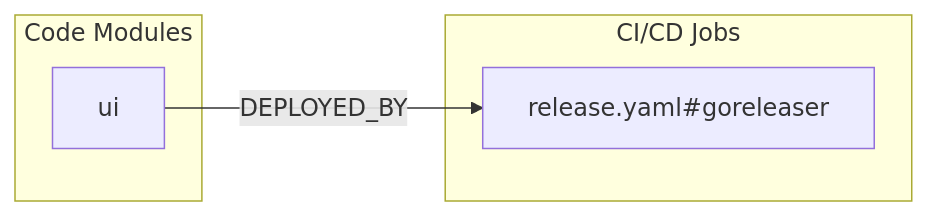
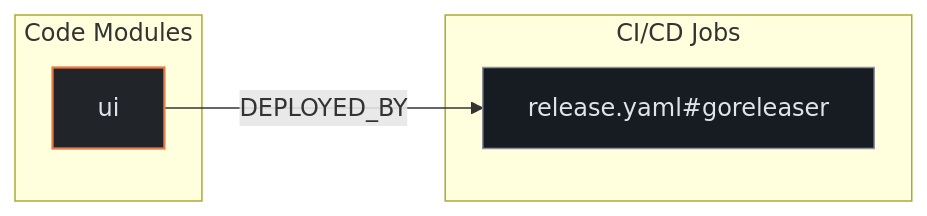
The second of 3 diagrams in exports/latest/reports/pocketbase-pocketbase-report.md (kumarshaz/atruss-code-atlas), drawn with Mermaid before and after one commit. The commit also changed other lines of this file and 331 other files, not shown here.

Commit message:
docs,ui,fix: update SDLC docs, reorder CI/CD DAG first, stylize Mermaid, and fix Arc42 pipeline topology

````diff
--- a/exports/latest/reports/pocketbase-pocketbase-report.md
+++ b/exports/latest/reports/pocketbase-pocketbase-report.md
@@ -241,10 +248,14 @@
 ```mermaid
 flowchart LR
+    classDef atlasCategory fill:#212428,stroke:#E87A48,stroke-width:1.5px,color:#dfe3eb
+    classDef atlasWorkflow fill:#1b2026,stroke:#a3c9ff,stroke-width:1.5px,color:#dfe3eb
+    classDef atlasJob fill:#171c22,stroke:#8d9199,stroke-width:1px,color:#dfe3eb
+    classDef atlasTarget fill:#005227,stroke:#8bd99b,stroke-width:1.5px,color:#a7f6b6
     subgraph code_modules["Code Modules"]
-        mod_ui["ui"]
+        mod_ui["ui"]:::atlasCategory
     end
     subgraph ci_jobs["CI/CD Jobs"]
-        job_release_yaml_goreleaser["release.yaml#goreleaser"]
+        job_release_yaml_goreleaser["release.yaml#goreleaser"]:::atlasJob
     end
     mod_ui -->|DEPLOYED_BY| job_release_yaml_goreleaser
 ```
````
